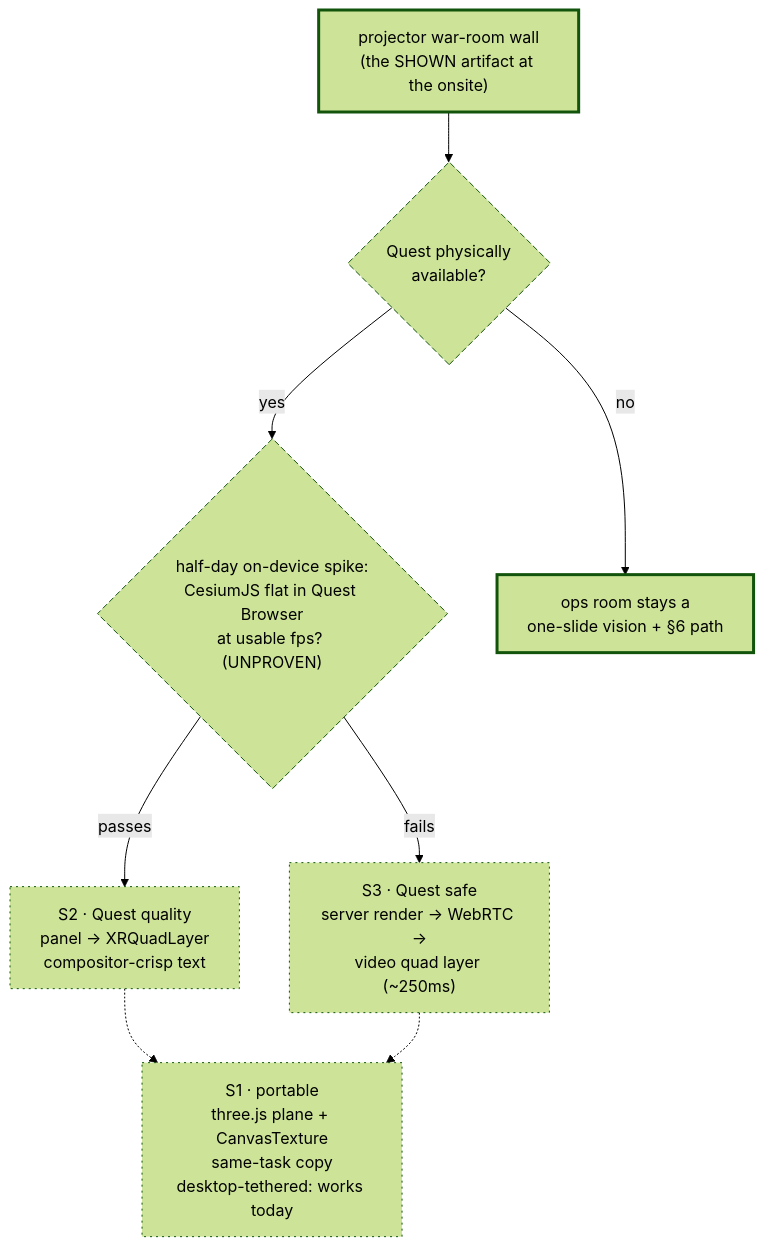
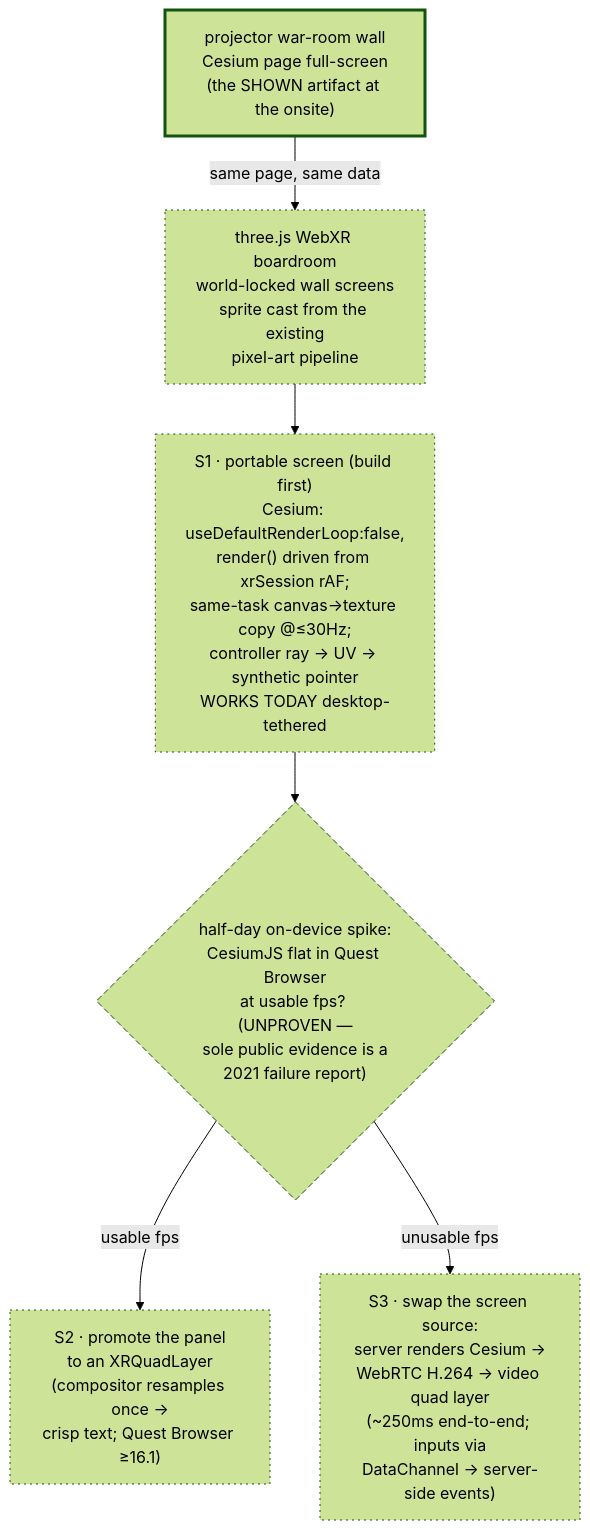
The fourth of 5 diagrams in docs/XR_GLOBE_COMPONENT_MAP.md (earlyprototype/false-flag), drawn with Mermaid (forest theme) before and after one commit. The commit also changed other lines of this file, not shown here.

Commit message:
docs: redraw component map §4 as VR build order under the Quest-yes assumption
Owner instruction: assume a Quest is available (issue #75 stays open
until confirmed; assumption recorded in the caption). The decision
tree becomes a build sequence — boardroom + S1 portable screen first
(works desktop-tethered today), then the on-device spike as a
measurement whose result selects only where pixels are rendered
(S2 quad-layer on-device vs S3 server-rendered stream); room, cast,
input path and data contract identical in both outcomes.

Claude-Session: https://claude.ai/code/session_015NPEdfpJtAXR7sqKXHxQAQ

````diff
--- a/docs/XR_GLOBE_COMPONENT_MAP.md
+++ b/docs/XR_GLOBE_COMPONENT_MAP.md
@@ -139,21 +141,19 @@
 ```mermaid
 flowchart TD
-  Q{"Quest physically\navailable?"}:::gate
-  SPIKE{"half-day on-device spike:\nCesiumJS flat in Quest Browser\nat usable fps? (UNPROVEN)"}:::gate
-  S1["S1 · portable\nthree.js plane + CanvasTexture\nsame-task copy\ndesktop-tethered: works today"]:::defer
-  S2["S2 · Quest quality\npanel → XRQuadLayer\ncompositor-crisp text"]:::defer
-  S3["S3 · Quest safe\nserver render → WebRTC →\nvideo quad layer (~250ms)"]:::defer
-  WALL["projector war-room wall\n(the SHOWN artifact at the onsite)"]:::core
+  WALL["projector war-room wall\nCesium page full-screen\n(the SHOWN artifact at the onsite)"]:::core
+  ROOM["three.js WebXR boardroom\nworld-locked wall screens\nsprite cast from the existing\npixel-art pipeline"]:::defer
+  S1["S1 · portable screen (build first)\nCesium: useDefaultRenderLoop:false,\nrender() driven from xrSession rAF;\nsame-task canvas→texture copy @≤30Hz;\ncontroller ray → UV → synthetic pointer\nWORKS TODAY desktop-tethered"]:::defer
+  SPIKE{"half-day on-device spike:\nCesiumJS flat in Quest Browser\nat usable fps? (UNPROVEN —\nsole public evidence is a\n2021 failure report)"}:::gate
+  S2["S2 · promote the panel\nto an XRQuadLayer\n(compositor resamples once →\ncrisp text; Quest Browser ≥16.1)"]:::defer
+  S3["S3 · swap the screen source:\nserver renders Cesium →\nWebRTC H.264 → video quad layer\n(~250ms end-to-end; inputs via\nDataChannel → server-side events)"]:::defer
 
-  WALL --> Q
-  Q -->|no| WALL2["ops room stays a\none-slide vision + §6 path"]:::core
-  Q -->|yes| SPIKE
-  SPIKE -->|passes| S2
-  SPIKE -->|fails| S3
-  S2 -.-> S1
-  S3 -.-> S1
+  WALL -->|same page, same data| ROOM
+  ROOM --> S1
+  S1 --> SPIKE
+  SPIKE -->|usable fps| S2
+  SPIKE -->|unusable fps| S3
 
   classDef core stroke-width:3px
   classDef defer stroke-dasharray:2 4
   classDef gate stroke-dasharray:6 3
 ```
````
